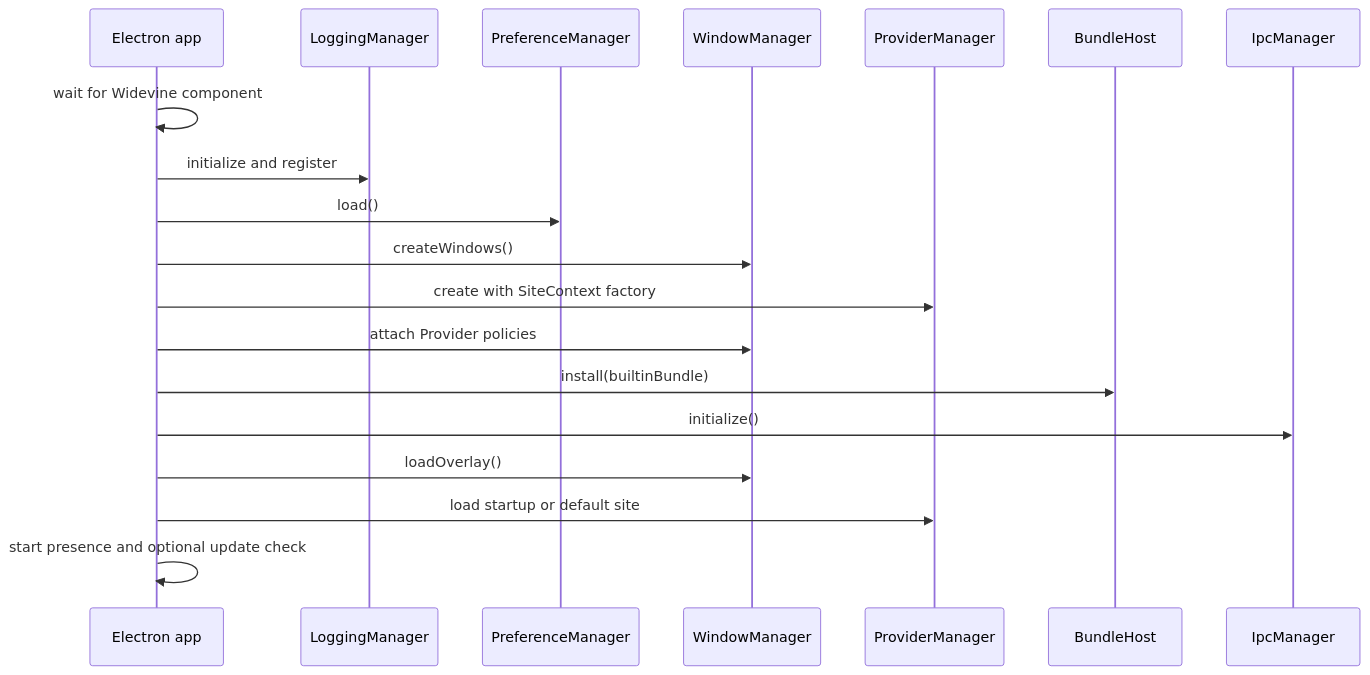
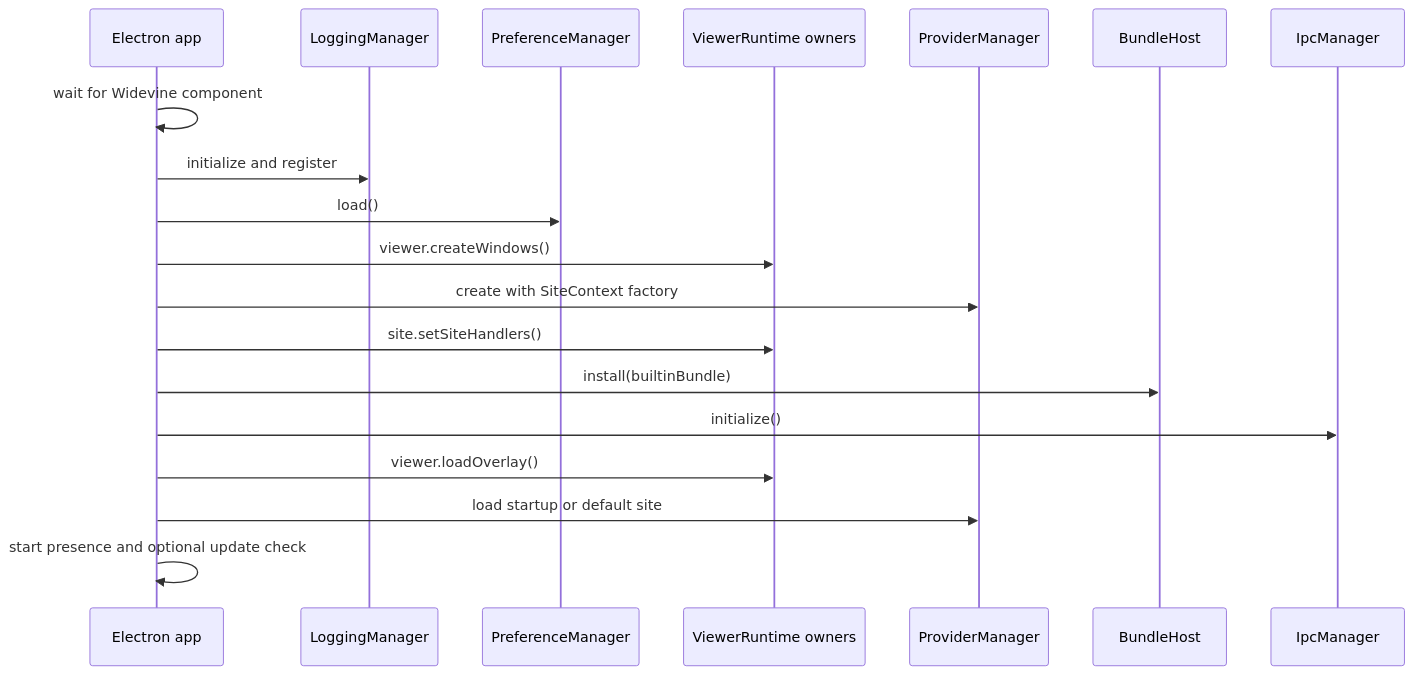
Before and after one commit to fabyday/kawaikara: the third of 3 diagrams in docs/Developer/Architecture/1.Overview.md, drawn with Mermaid. The commit also changed other lines of this file and 55 other files, not shown here.

````diff
--- a/docs/Developer/Architecture/1.Overview.md
+++ b/docs/Developer/Architecture/1.Overview.md
@@ -169,22 +170,22 @@
 ```mermaid
 sequenceDiagram
   participant Electron as Electron app
   participant Logging as LoggingManager
   participant Preferences as PreferenceManager
-  participant Windows as WindowManager
+  participant Viewer as ViewerRuntime owners
   participant Sites as ProviderManager
   participant Bundles as BundleHost
   participant IPC as IpcManager
 
   Electron->>Electron: wait for Widevine component
   Electron->>Logging: initialize and register
   Electron->>Preferences: load()
-  Electron->>Windows: createWindows()
+  Electron->>Viewer: viewer.createWindows()
   Electron->>Sites: create with SiteContext factory
-  Electron->>Windows: attach Provider policies
+  Electron->>Viewer: site.setSiteHandlers()
   Electron->>Bundles: install(builtinBundle)
   Electron->>IPC: initialize()
-  Electron->>Windows: loadOverlay()
+  Electron->>Viewer: viewer.loadOverlay()
   Electron->>Sites: load startup or default site
   Electron->>Electron: start presence and optional update check
 ```
````
